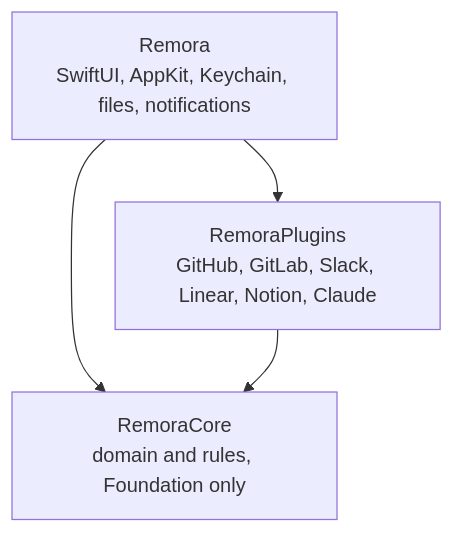
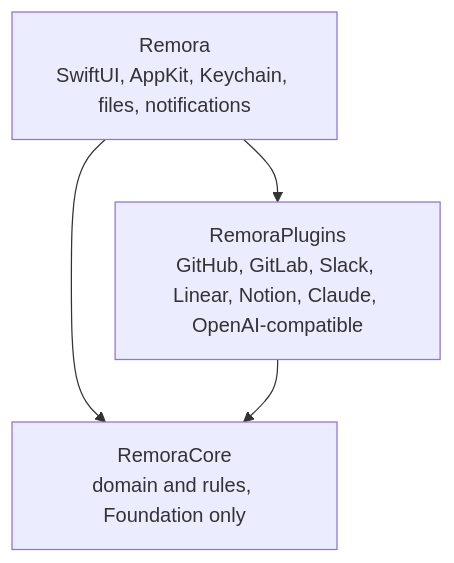
The diagram in docs/develop/index.md (iGitScor/triage), drawn with Mermaid before and after one commit. The commit also changed 51 other files, not shown here.

````diff
--- a/docs/develop/index.md
+++ b/docs/develop/index.md
@@ -11,6 +11,6 @@
 ```mermaid
 flowchart TB
-  App["Remora<br/>SwiftUI, AppKit, Keychain, files, notifications"] --> Plugins["RemoraPlugins<br/>GitHub, GitLab, Slack, Linear, Notion, Claude"]
+  App["Remora<br/>SwiftUI, AppKit, Keychain, files, notifications"] --> Plugins["RemoraPlugins<br/>GitHub, GitLab, Slack, Linear, Notion, Claude, OpenAI-compatible"]
   App --> Core["RemoraCore<br/>domain and rules, Foundation only"]
   Plugins --> Core
 ```
````
